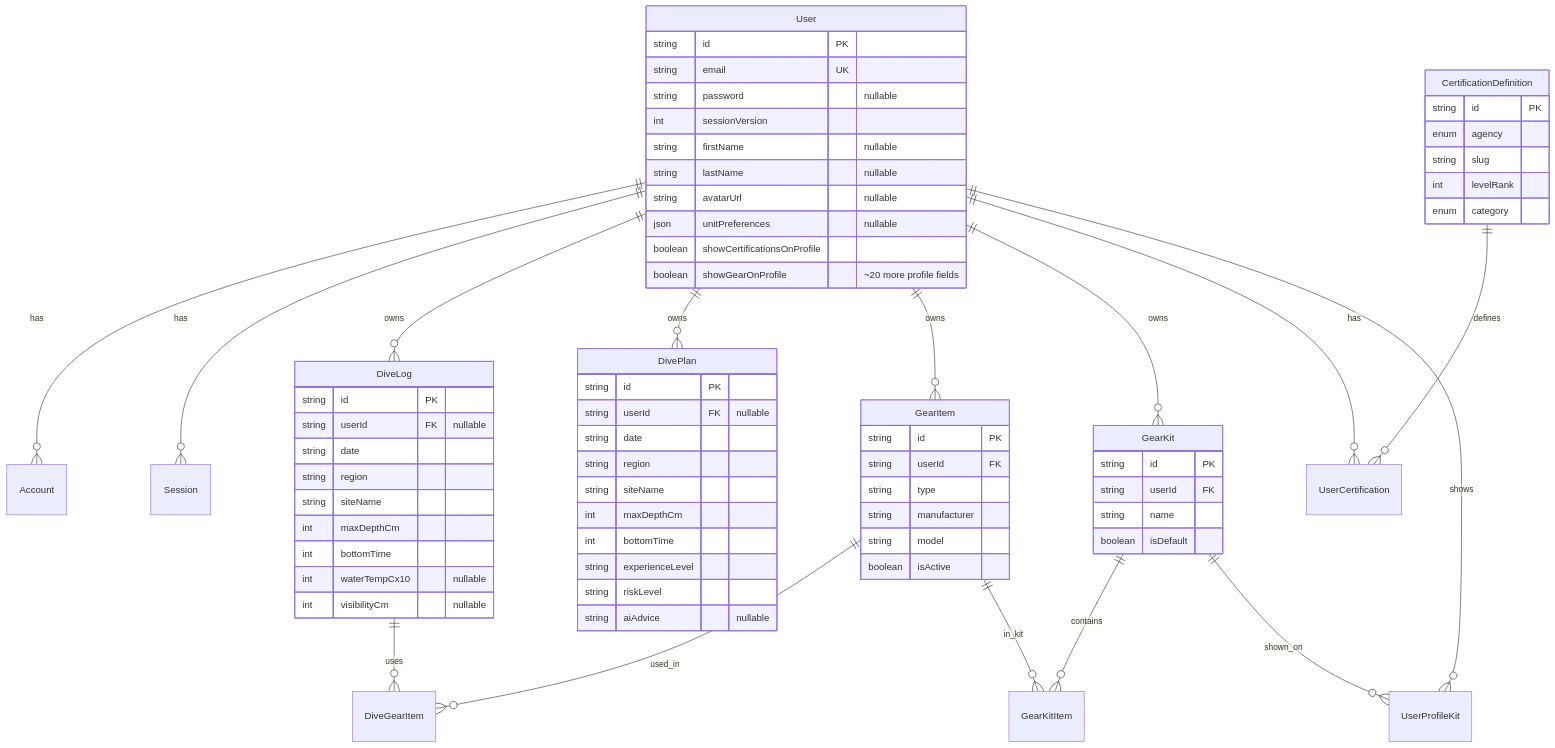
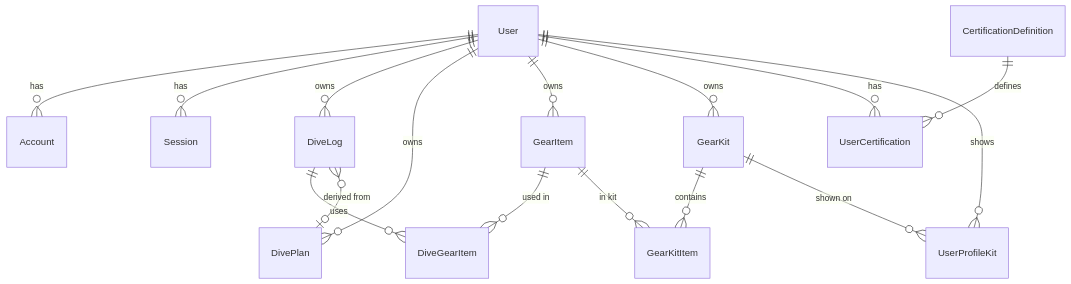
Before and after one commit to ryanmcd118/DiveIQ: the diagram in docs/05_DATABASE.md, drawn with Mermaid. The commit also changed other lines of this file and 3 other files, not shown here.

````diff
--- a/docs/05_DATABASE.md
+++ b/docs/05_DATABASE.md
@@ -39,82 +345,20 @@
 ```mermaid
 erDiagram
     User ||--o{ Account : "has"
     User ||--o{ Session : "has"
     User ||--o{ DiveLog : "owns"
     User ||--o{ DivePlan : "owns"
     User ||--o{ GearItem : "owns"
     User ||--o{ GearKit : "owns"
     User ||--o{ UserCertification : "has"
     User ||--o{ UserProfileKit : "shows"
 
     DiveLog ||--o{ DiveGearItem : "uses"
-    GearItem ||--o{ DiveGearItem : "used_in"
+    DiveLog }o--o| DivePlan : "derived from"
+    GearItem ||--o{ DiveGearItem : "used in"
     GearKit ||--o{ GearKitItem : "contains"
-    GearItem ||--o{ GearKitItem : "in_kit"
-    GearKit ||--o{ UserProfileKit : "shown_on"
+    GearItem ||--o{ GearKitItem : "in kit"
+    GearKit ||--o{ UserProfileKit : "shown on"
 
     CertificationDefinition ||--o{ UserCertification : "defines"
-
-    User {
-        string id PK
-        string email UK
-        string password "nullable"
-        int sessionVersion
-        string firstName "nullable"
-        string lastName "nullable"
-        string avatarUrl "nullable"
-        json unitPreferences "nullable"
-        boolean showCertificationsOnProfile
-        boolean showGearOnProfile
-        "~20 more profile fields"
-    }
-
-    DiveLog {
-        string id PK
-        string userId FK "nullable"
-        string date
-        string region
-        string siteName
-        int maxDepthCm
-        int bottomTime
-        int waterTempCx10 "nullable"
-        int visibilityCm "nullable"
-    }
-
-    DivePlan {
-        string id PK
-        string userId FK "nullable"
-        string date
-        string region
-        string siteName
-        int maxDepthCm
-        int bottomTime
-        string experienceLevel
-        string riskLevel
-        string aiAdvice "nullable"
-    }
-
-    GearItem {
-        string id PK
-        string userId FK
-        string type
-        string manufacturer
-        string model
-        boolean isActive
-    }
-
-    GearKit {
-        string id PK
-        string userId FK
-        string name
-        boolean isDefault
-    }
-
-    CertificationDefinition {
-        string id PK
-        enum agency
-        string slug
-        int levelRank
-        enum category
-    }
 ```
````
